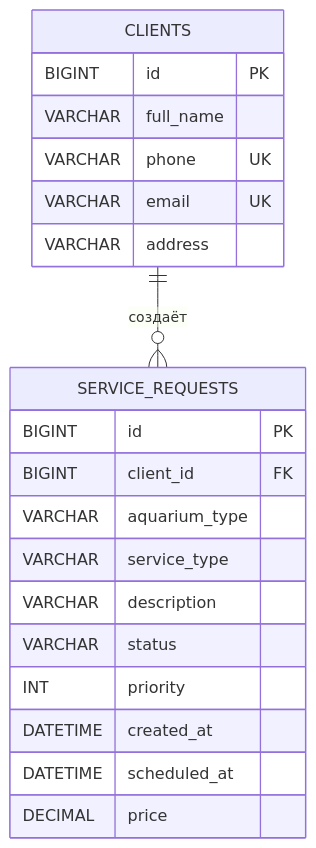
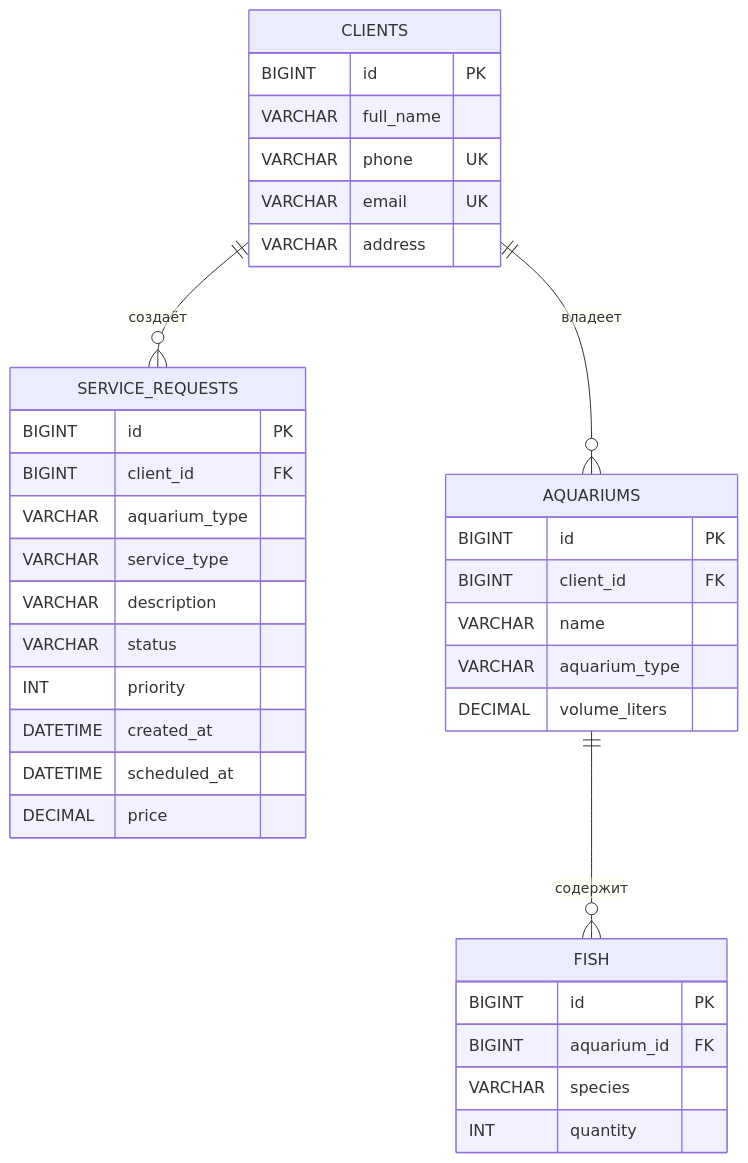
Before and after one commit to leha3221/aquarium: the diagram in docs/ER_DIAGRAM.md, drawn with Mermaid. The commit also changed 23 other files, not shown here.

````diff
--- a/docs/ER_DIAGRAM.md
+++ b/docs/ER_DIAGRAM.md
@@ -3,25 +3,40 @@
 ```mermaid
 erDiagram
     CLIENTS ||--o{ SERVICE_REQUESTS : "создаёт"
+    CLIENTS ||--o{ AQUARIUMS : "владеет"
+    AQUARIUMS ||--o{ FISH : "содержит"
+    AQUARIUMS {
+        BIGINT id PK
+        BIGINT client_id FK
+        VARCHAR name
+        VARCHAR aquarium_type
+        DECIMAL volume_liters
+    }
+    FISH {
+        BIGINT id PK
+        BIGINT aquarium_id FK
+        VARCHAR species
+        INT quantity
+    }
 
     CLIENTS {
         BIGINT id PK
         VARCHAR full_name
         VARCHAR phone UK
         VARCHAR email UK
         VARCHAR address
     }
 
     SERVICE_REQUESTS {
         BIGINT id PK
         BIGINT client_id FK
         VARCHAR aquarium_type
         VARCHAR service_type
         VARCHAR description
         VARCHAR status
         INT priority
         DATETIME created_at
         DATETIME scheduled_at
         DECIMAL price
     }
 ```
````
